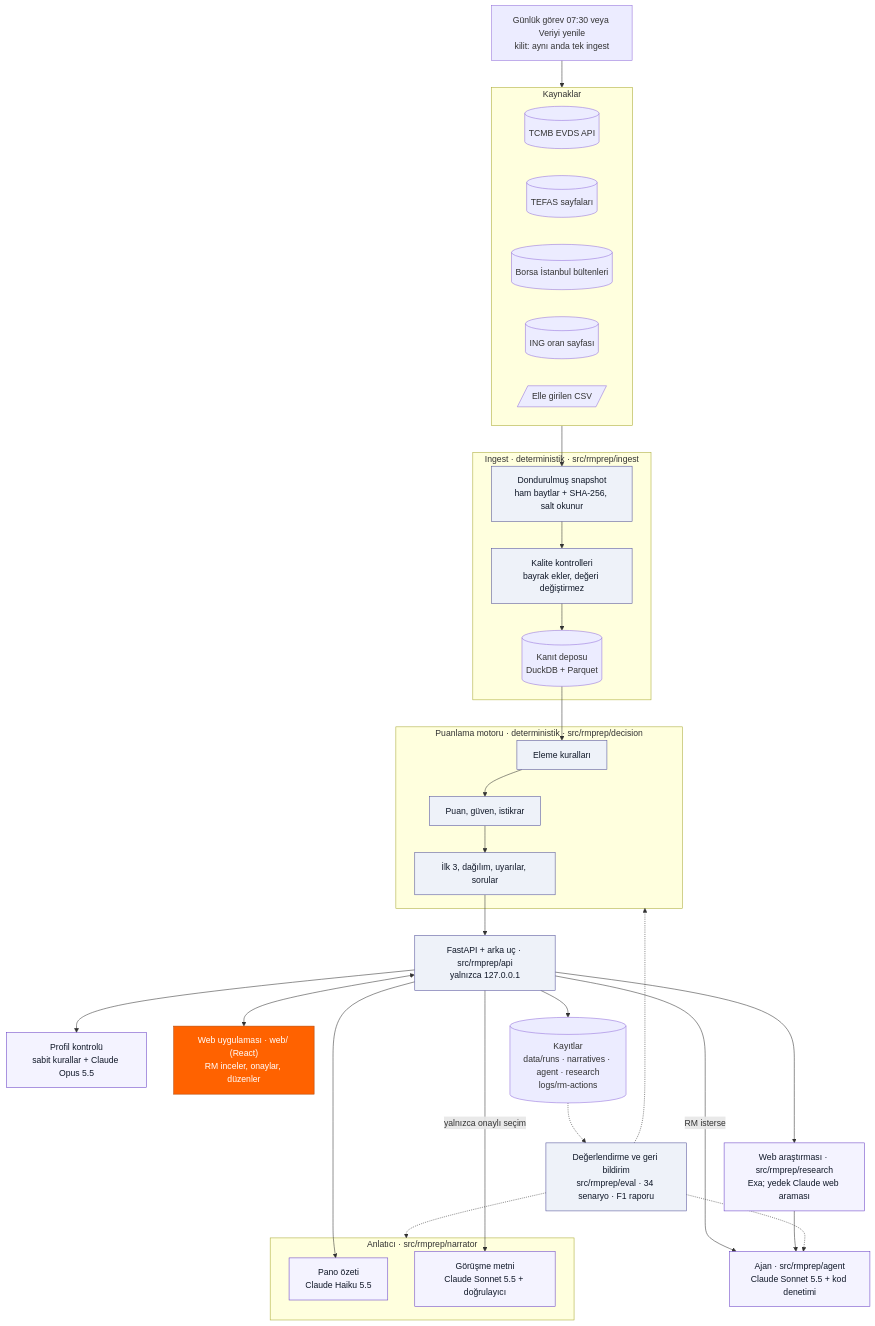
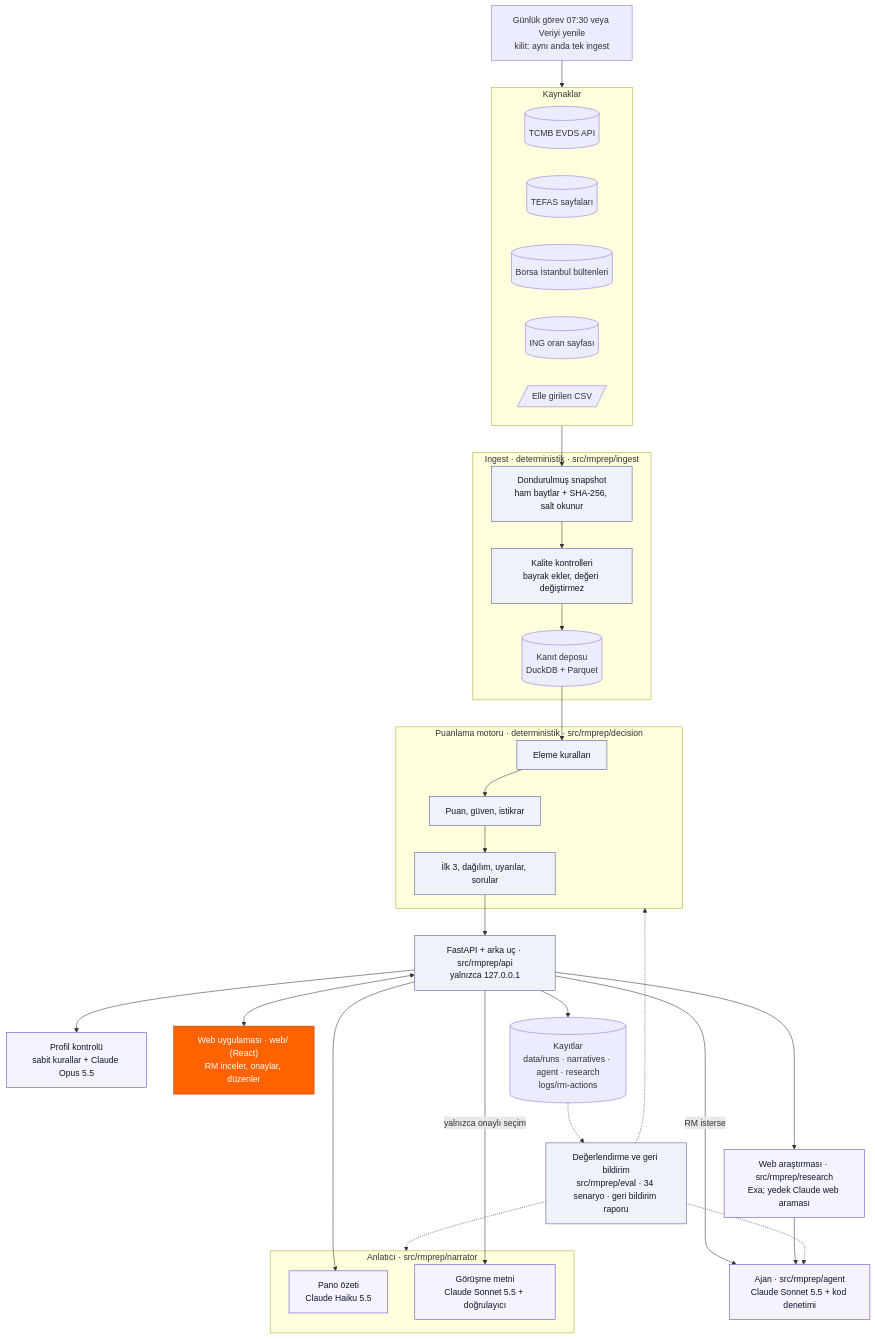
The third of 6 diagrams in README.md (ArdahanDogru/ing-hackathon-rm-prep), drawn with Mermaid before and after one commit. The commit also changed other lines of this file, not shown here.

Commit message:
README: plain words for the agent check ids; geri bildirim raporu instead of F1; the cost row is the eval cost

````diff
--- a/README.md
+++ b/README.md
@@ -244,53 +244,53 @@
 ```mermaid
 flowchart TB
     JOB["Günlük görev 07:30 veya Veriyi yenile<br/>kilit: aynı anda tek ingest"]
     subgraph SRC["Kaynaklar"]
         direction LR
         EVDS[("TCMB EVDS API")]
         TW[("TEFAS sayfaları")]
         BIST[("Borsa İstanbul bültenleri")]
         INGW[("ING oran sayfası")]
         MAN[/"Elle girilen CSV"/]
     end
     subgraph ING["Ingest · deterministik · src/rmprep/ingest"]
         SNAP["Dondurulmuş snapshot<br/>ham baytlar + SHA-256, salt okunur"]
         QC["Kalite kontrolleri<br/>bayrak ekler, değeri değiştirmez"]
         DB[("Kanıt deposu<br/>DuckDB + Parquet")]
         SNAP --> QC --> DB
     end
     subgraph DEC["Puanlama motoru · deterministik · src/rmprep/decision"]
         RULES["Eleme kuralları"] --> SCORE["Puan, güven, istikrar"] --> TOP["İlk 3, dağılım, uyarılar, sorular"]
     end
     API["FastAPI + arka uç · src/rmprep/api<br/>yalnızca 127.0.0.1"]
     PROF["Profil kontrolü<br/>sabit kurallar + Claude Opus 5.5"]
     RES["Web araştırması · src/rmprep/research<br/>Exa; yedek Claude web araması"]
     AGT["Ajan · src/rmprep/agent<br/>Claude Sonnet 5.5 + kod denetimi"]
     subgraph NAR["Anlatıcı · src/rmprep/narrator"]
         BRIEF["Pano özeti<br/>Claude Haiku 5.5"]
         TEXT["Görüşme metni<br/>Claude Sonnet 5.5 + doğrulayıcı"]
     end
     WEB["Web uygulaması · web/ (React)<br/>RM inceler, onaylar, düzenler"]
     REC[("Kayıtlar<br/>data/runs · narratives · agent · research<br/>logs/rm-actions")]
-    EVAL["Değerlendirme ve geri bildirim<br/>src/rmprep/eval · 34 senaryo · F1 raporu"]
+    EVAL["Değerlendirme ve geri bildirim<br/>src/rmprep/eval · 34 senaryo · geri bildirim raporu"]
     JOB --> SRC --> SNAP
     DB --> RULES
     TOP --> API
     API <--> WEB
     API --> PROF
     API --> RES
     API -- "RM isterse" --> AGT
     RES --> AGT
     API --> BRIEF
     API -- "yalnızca onaylı seçim" --> TEXT
     API --> REC
     EVAL -.-> DEC
     EVAL -.-> NAR
     EVAL -.-> AGT
     REC -.-> EVAL
     classDef code fill:#EEF2F9,stroke:#525199,color:#101828
     classDef ai fill:#F4F3FF,stroke:#6941C6,color:#101828
     classDef human fill:#FF6200,stroke:#B34400,color:#fff
     class SNAP,QC,RULES,SCORE,TOP,API,EVAL code
     class PROF,RES,AGT,BRIEF,TEXT ai
     class WEB human
 ```
````
